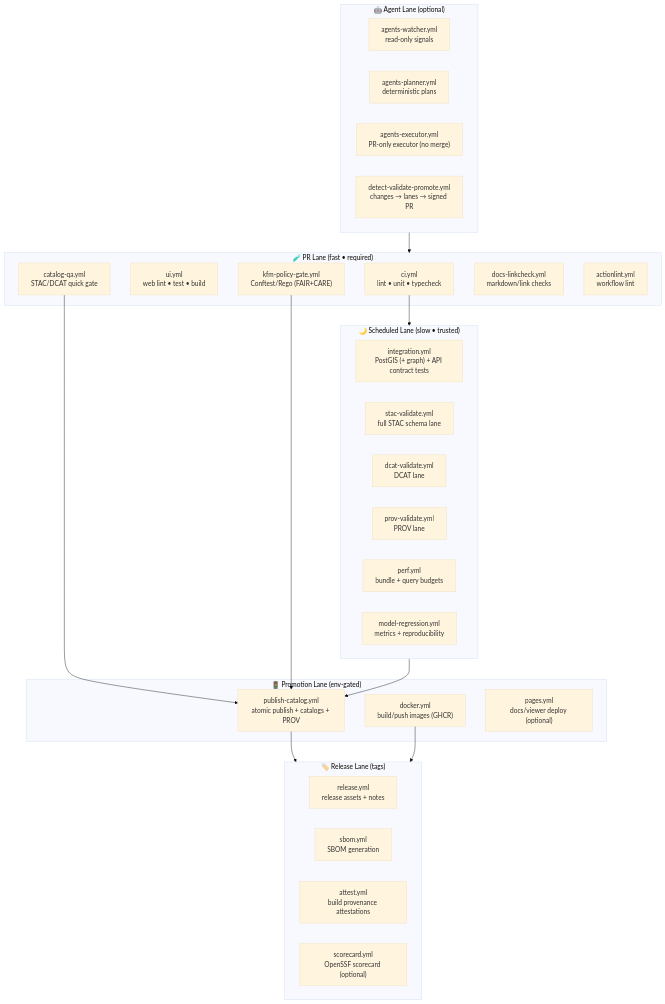
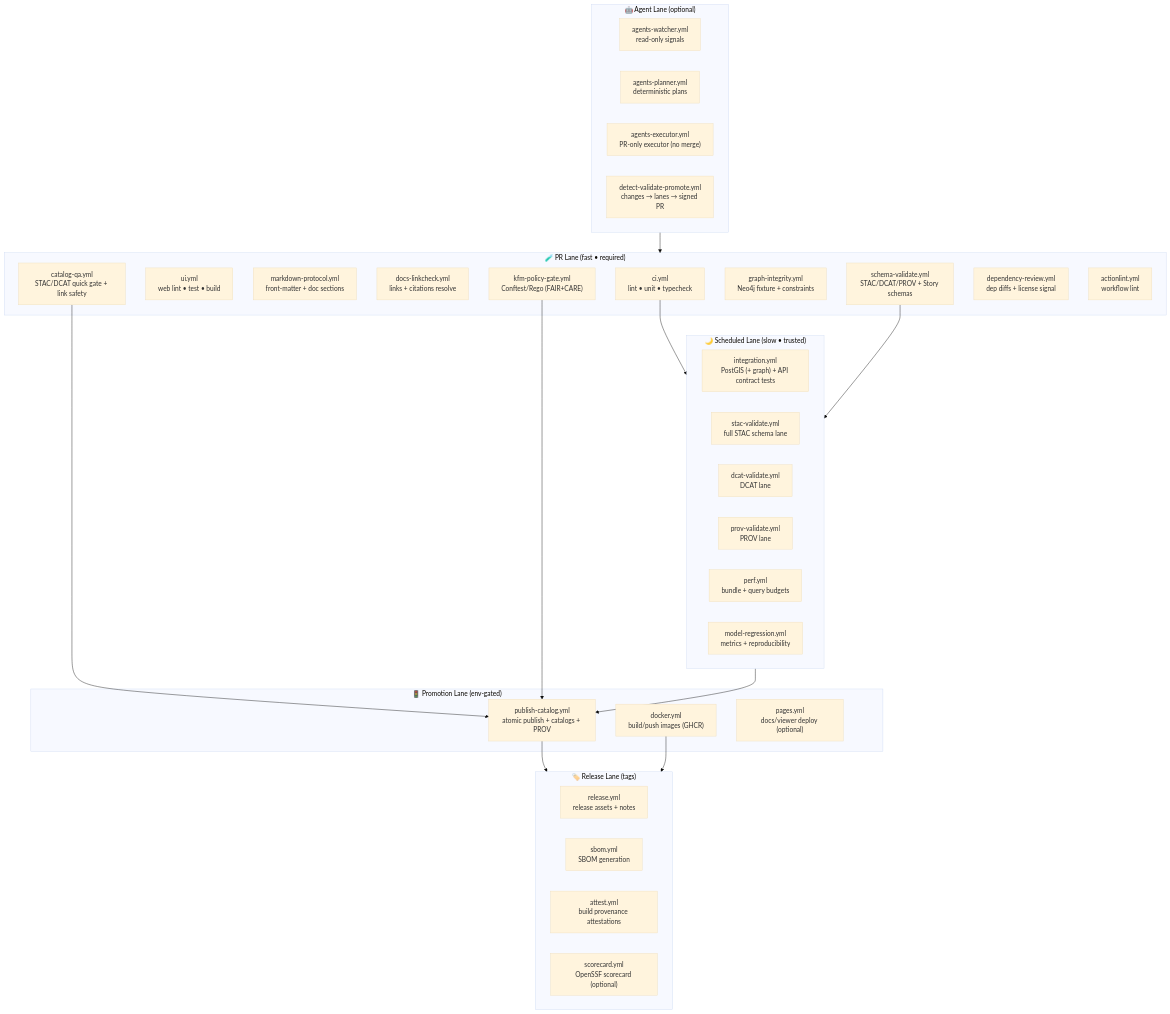
Before and after one commit to bartytime4life/Kansas-Frontier-Matrix: the first of 2 diagrams in .github/workflows/README.md, drawn with Mermaid (base theme). The commit also changed other lines of this file, not shown here.

````diff
--- a/.github/workflows/README.md
+++ b/.github/workflows/README.md
@@ -103,48 +111,53 @@
 ```mermaid
 flowchart TB
   subgraph PR["🧪 PR Lane (fast • required)"]
     PR1["ci.yml<br/>lint • unit • typecheck"]
     PR2["ui.yml<br/>web lint • test • build"]
-    PR3["catalog-qa.yml<br/>STAC/DCAT quick gate"]
-    PR4["kfm-policy-gate.yml<br/>Conftest/Rego (FAIR+CARE)"]
-    PR5["docs-linkcheck.yml<br/>markdown/link checks"]
-    PR6["actionlint.yml<br/>workflow lint"]
+    PR3["markdown-protocol.yml<br/>front-matter + doc sections"]
+    PR4["docs-linkcheck.yml<br/>links + citations resolve"]
+    PR5["schema-validate.yml<br/>STAC/DCAT/PROV + Story schemas"]
+    PR6["catalog-qa.yml<br/>STAC/DCAT quick gate + link safety"]
+    PR7["graph-integrity.yml<br/>Neo4j fixture + constraints"]
+    PR8["kfm-policy-gate.yml<br/>Conftest/Rego (FAIR+CARE)"]
+    PR9["dependency-review.yml<br/>dep diffs + license signal"]
+    PR10["actionlint.yml<br/>workflow lint"]
   end
 
   subgraph SCHEDULE["🌙 Scheduled Lane (slow • trusted)"]
     N1["integration.yml<br/>PostGIS (+ graph) + API contract tests"]
     N2["stac-validate.yml<br/>full STAC schema lane"]
     N3["dcat-validate.yml<br/>DCAT lane"]
     N4["prov-validate.yml<br/>PROV lane"]
     N5["perf.yml<br/>bundle + query budgets"]
     N6["model-regression.yml<br/>metrics + reproducibility"]
   end
 
   subgraph PROMOTE["🚦 Promotion Lane (env-gated)"]
     P1["publish-catalog.yml<br/>atomic publish + catalogs + PROV"]
     P2["docker.yml<br/>build/push images (GHCR)"]
     P3["pages.yml<br/>docs/viewer deploy (optional)"]
   end
 
   subgraph RELEASE["🏷️ Release Lane (tags)"]
     R1["release.yml<br/>release assets + notes"]
     R2["sbom.yml<br/>SBOM generation"]
     R3["attest.yml<br/>build provenance attestations"]
     R4["scorecard.yml<br/>OpenSSF scorecard (optional)"]
   end
 
   subgraph AGENTS["🤖 Agent Lane (optional)"]
     A1["agents-watcher.yml<br/>read-only signals"]
     A2["agents-planner.yml<br/>deterministic plans"]
     A3["agents-executor.yml<br/>PR-only executor (no merge)"]
     A4["detect-validate-promote.yml<br/>changes → lanes → signed PR"]
   end
 
   PR1 --> SCHEDULE
-  PR3 --> P1
-  PR4 --> P1
+  PR5 --> SCHEDULE
+  PR6 --> P1
+  PR8 --> P1
   SCHEDULE --> P1
   P1 --> RELEASE
   P2 --> RELEASE
   AGENTS --> PR
 ```
````
